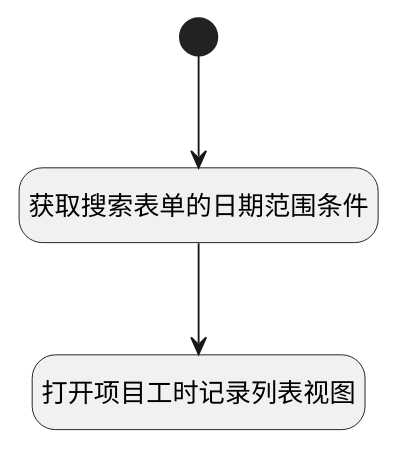
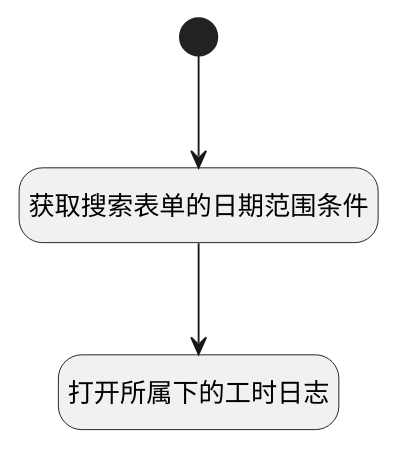
Before and after one commit to iBizLab/plm: the diagram in doc/docsify/module/Base/workload/uilogic/open_project_workload_detail.md, drawn with PlantUML. The commit also changed other lines of this file and 2344 other files, not shown here.

````diff
--- a/doc/docsify/module/Base/workload/uilogic/open_project_workload_detail.md
+++ b/doc/docsify/module/Base/workload/uilogic/open_project_workload_detail.md
@@ -7,21 +7,21 @@
 ```plantuml
 @startuml
 hide footbox
 <style>
 root {
   HyperlinkColor #42b983
 }
 </style>
 
 hide empty description
 state "开始" as Begin <<start>> [[$./open_project_workload_detail#begin {开始}]]
+state "打开所属下的工时日志" as DEUIACTION1  [[$./open_project_workload_detail#deuiaction1 {打开所属下的工时日志}]]
 state "获取搜索表单的日期范围条件" as RAWJSCODE1  [[$./open_project_workload_detail#rawjscode1 {获取搜索表单的日期范围条件}]]
-state "打开项目工时记录列表视图" as DEUIACTION1  [[$./open_project_workload_detail#deuiaction1 {打开项目工时记录列表视图}]]
 
 
 Begin --> RAWJSCODE1
 RAWJSCODE1 --> DEUIACTION1
 
 
 @enduml
 ```
````
